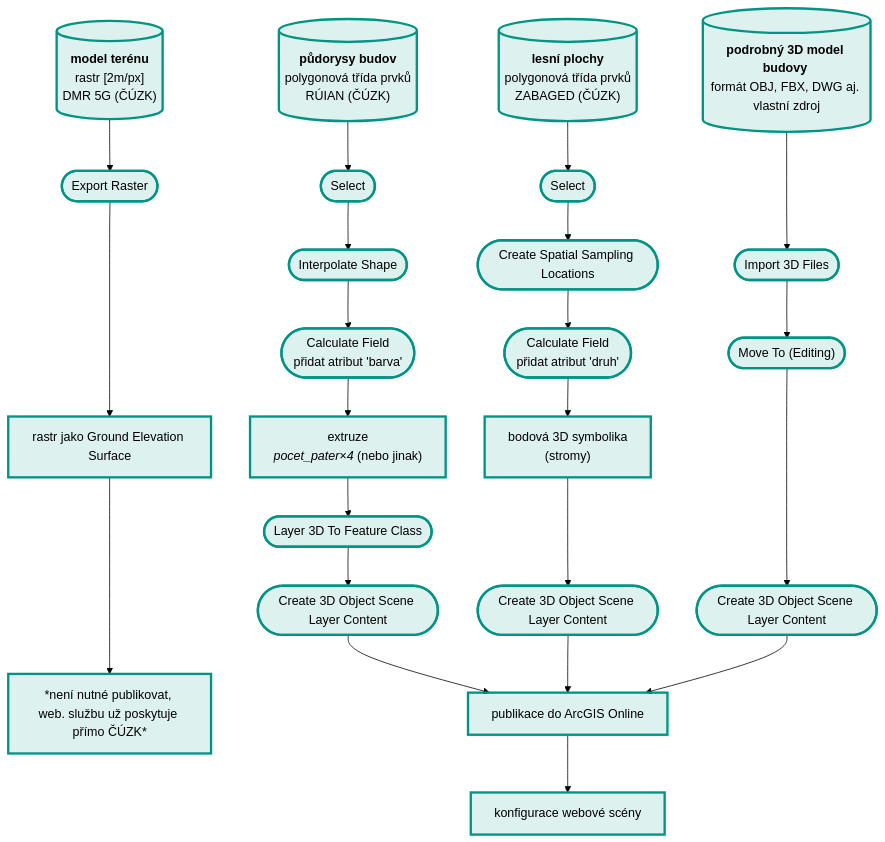
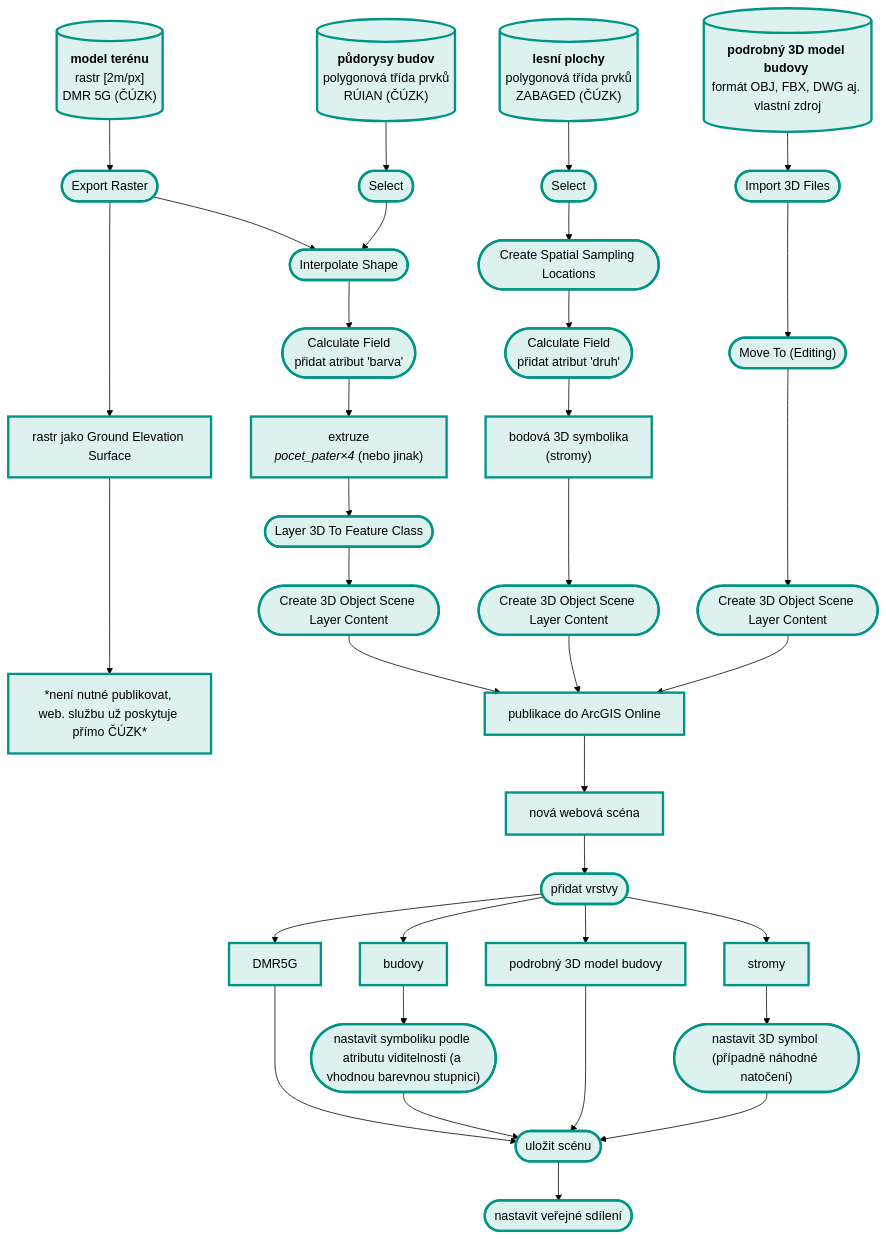
Before and after one commit to k155cvut/ygis: the diagram in docs/cviceni/cviceni8.md, drawn with Mermaid (forest theme). The commit also changed 36 other files, not shown here.

````diff
--- a/docs/cviceni/cviceni8.md
+++ b/docs/cviceni/cviceni8.md
@@ -225,17 +225,32 @@
   U["*není nutné publikovat, web. službu už poskytuje přímo ČÚZK*"]
   V[publikace do ArcGIS Online]
 
-  W[konfigurace webové scény]
+  W[nová webová scéna]
 
+  X([přidat vrstvy])
+
+  Y[DMR5G]
+  Z[budovy]
+  AA[podrobný 3D model budovy]
+  AB[stromy]
+
+  AC(["nastavit symboliku podle atributu viditelnosti (a vhodnou barevnou stupnici)"])
+  AD(["nastavit 3D symbol (případně náhodné natočení)"])
+
+  AE([uložit scénu])
+  AF([nastavit veřejné sdílení])
+
+  
   A-->E
   B-->F
   C-->G
-  D--->H
+  D-->H
 
   E---->N
+  E-->I
   F-->I
   G-->J
-  H-->K
+  H--->K
 
   I-->L
   J-->M
@@ -245,6 +260,7 @@
   M-->P
 
   N---->U
+  
   O-->Q
   P--->S
 
@@ -255,6 +271,23 @@
   T-->V
 
   V-->W
+
+  W-->X
+
+  X-->Y
+  X-->Z
+  X-->AA
+  X-->AB
+
+  Z-->AC
+  AB-->AD
+
+  Y--->AE
+  AC-->AE
+  AA--->AE
+  AD-->AE
+
+  AE-->AF
 
   click E "https://pro.arcgis.com/en/pro-app/latest/help/data/imagery/export-or-convert-raster-datasets.htm" _blank
   click F "https://pro.arcgis.com/en/pro-app/latest/tool-reference/analysis/select.htm" _blank
@@ -269,7 +302,9 @@
   click R "https://pro.arcgis.com/en/pro-app/latest/tool-reference/data-management/create-3d-object-scene-layer-package.htm" _blank
   click S "https://pro.arcgis.com/en/pro-app/latest/tool-reference/data-management/create-3d-object-scene-layer-package.htm" _blank
   click T "https://pro.arcgis.com/en/pro-app/latest/tool-reference/data-management/create-3d-object-scene-layer-package.htm" _blank
+  click W "https://doc.arcgis.com/en/arcgis-online/get-started/get-started-with-scenes.htm" _blank
 
   classDef default fill:#00948522,stroke:#009485,stroke-width:3px;
 
+
 ```
````
